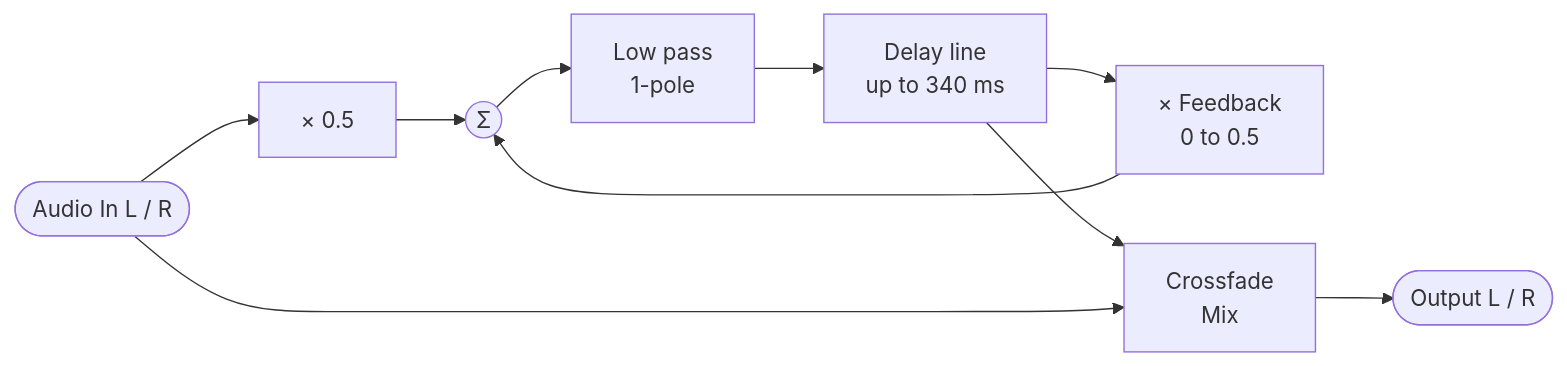
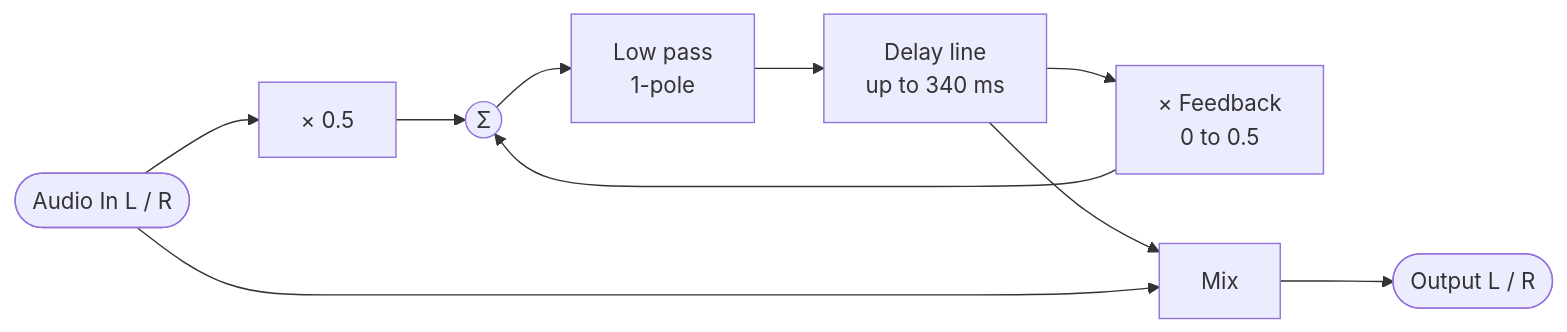
The fifth of 5 diagrams in spms1_type2/spms1_patching.md (risgk/midi_synthesizer_spms1), drawn with Mermaid before and after one commit. The commit also changed other lines of this file and 4 other files, not shown here.

````diff
--- a/spms1_type2/spms1_patching.md
+++ b/spms1_type2/spms1_patching.md
@@ -219,12 +219,12 @@
 ```mermaid
 flowchart LR
   IN([Audio In L / R]) --> H["× 0.5"]
   H --> SUM((Σ))
   SUM --> LPF["Low pass<br/>1-pole"]
   LPF --> DL["Delay line<br/>up to 340 ms"]
   DL --> FB["× Feedback<br/>0 to 0.5"]
   FB --> SUM
-  DL --> X["Crossfade<br/>Mix"]
+  DL --> X["Mix"]
   IN --> X
   X --> OUT([Output L / R])
 ```
````
